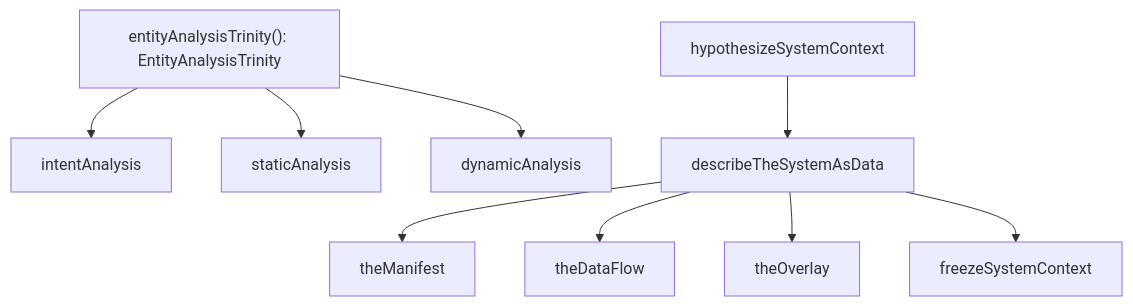
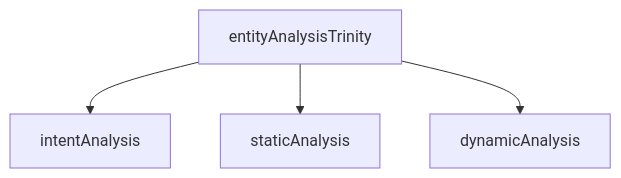
The seventh of 9 diagrams in ARCHITECTURE_REPORT.md (publicdomainrelay/open-architecture), drawn with Mermaid before and after one commit. The commit also changed other lines of this file and 4 other files, not shown here.

````diff
--- a/ARCHITECTURE_REPORT.md
+++ b/ARCHITECTURE_REPORT.md
@@ -349,12 +382,6 @@
 ```mermaid
 graph TD
-  entityAnalysisTrinity["entityAnalysisTrinity(): EntityAnalysisTrinity"]
-  entityAnalysisTrinity --> ia[intentAnalysis]
-  entityAnalysisTrinity --> sa[staticAnalysis]
-  entityAnalysisTrinity --> da[dynamicAnalysis]
-  describeTheSystemAsData --> tm[theManifest]
-  describeTheSystemAsData --> tdf[theDataFlow]
-  describeTheSystemAsData --> to[theOverlay]
-  describeTheSystemAsData --> fsc[freezeSystemContext]
-  hypothesizeSystemContext --> describeTheSystemAsData
+  entityAnalysisTrinity --> intentAnalysis
+  entityAnalysisTrinity --> staticAnalysis
+  entityAnalysisTrinity --> dynamicAnalysis
 ```
````
